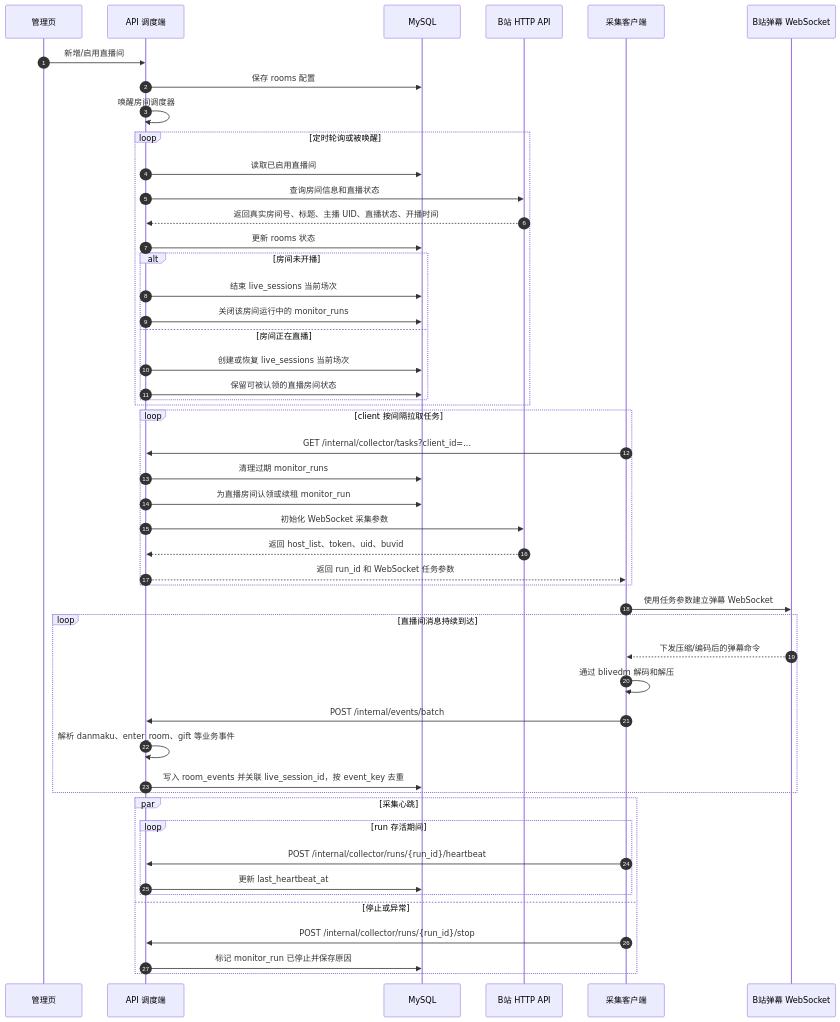
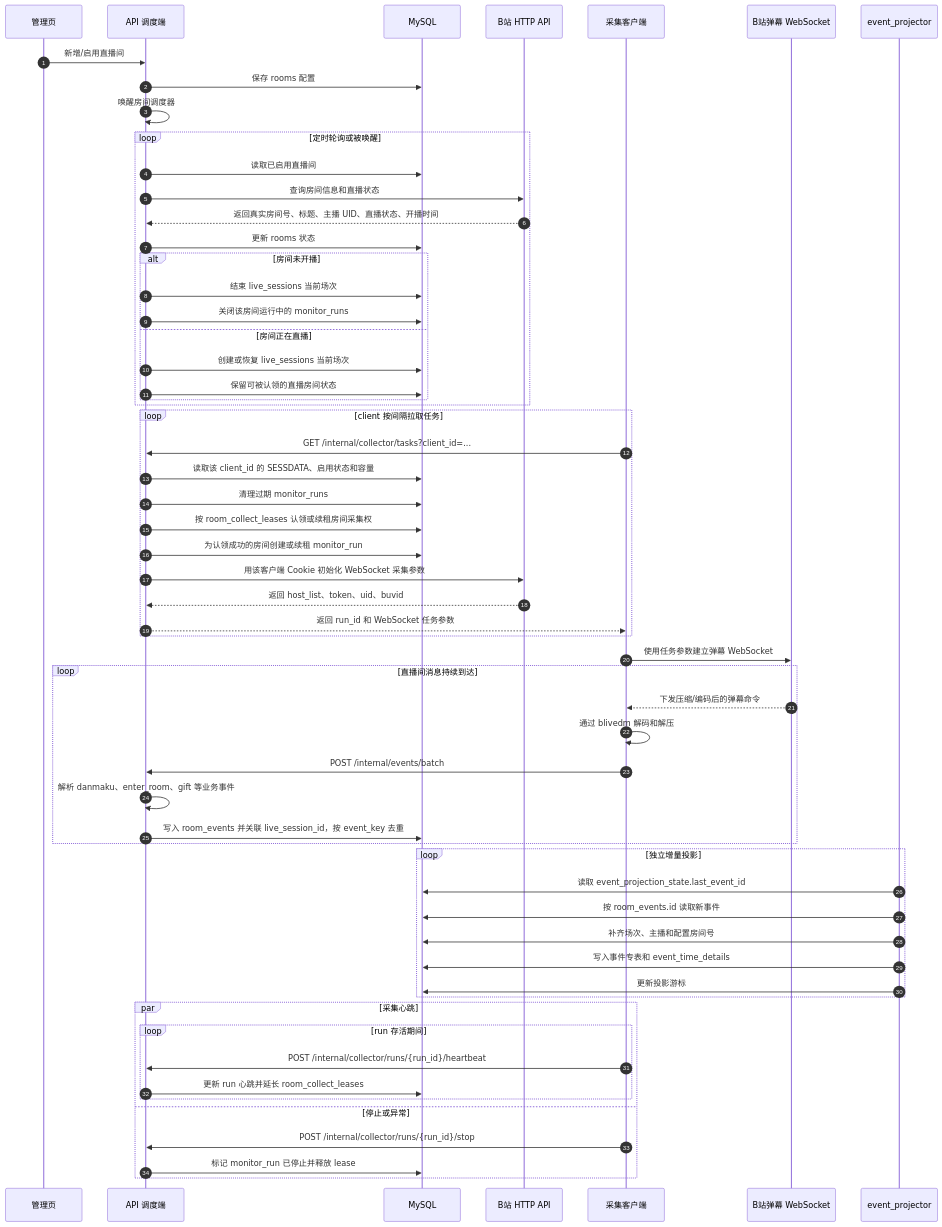
Before and after one commit to lulajax/blivedm: the diagram in README.md, drawn with Mermaid. The commit also changed other lines of this file and 17 other files, not shown here.

Commit message:
Add collector leases and event projector

````diff
--- a/README.md
+++ b/README.md
@@ -53,56 +65,67 @@
 ```mermaid
 sequenceDiagram
     autonumber
     participant Admin as 管理页
     participant API as API 调度端
     participant DB as MySQL
     participant BiliHTTP as B站 HTTP API
     participant Client as 采集客户端
     participant BiliWS as B站弹幕 WebSocket
+    participant Projector as event_projector
 
     Admin->>API: 新增/启用直播间
     API->>DB: 保存 rooms 配置
     API->>API: 唤醒房间调度器
 
     loop 定时轮询或被唤醒
         API->>DB: 读取已启用直播间
         API->>BiliHTTP: 查询房间信息和直播状态
         BiliHTTP-->>API: 返回真实房间号、标题、主播 UID、直播状态、开播时间
         API->>DB: 更新 rooms 状态
         alt 房间未开播
             API->>DB: 结束 live_sessions 当前场次
             API->>DB: 关闭该房间运行中的 monitor_runs
         else 房间正在直播
             API->>DB: 创建或恢复 live_sessions 当前场次
             API->>DB: 保留可被认领的直播房间状态
         end
     end
 
     loop client 按间隔拉取任务
         Client->>API: GET /internal/collector/tasks?client_id=...
+        API->>DB: 读取该 client_id 的 SESSDATA、启用状态和容量
         API->>DB: 清理过期 monitor_runs
-        API->>DB: 为直播房间认领或续租 monitor_run
-        API->>BiliHTTP: 初始化 WebSocket 采集参数
+        API->>DB: 按 room_collect_leases 认领或续租房间采集权
+        API->>DB: 为认领成功的房间创建或续租 monitor_run
+        API->>BiliHTTP: 用该客户端 Cookie 初始化 WebSocket 采集参数
         BiliHTTP-->>API: 返回 host_list、token、uid、buvid
         API-->>Client: 返回 run_id 和 WebSocket 任务参数
     end
 
     Client->>BiliWS: 使用任务参数建立弹幕 WebSocket
     loop 直播间消息持续到达
         BiliWS-->>Client: 下发压缩/编码后的弹幕命令
         Client->>Client: 通过 blivedm 解码和解压
         Client->>API: POST /internal/events/batch
         API->>API: 解析 danmaku、enter_room、gift 等业务事件
         API->>DB: 写入 room_events 并关联 live_session_id，按 event_key 去重
     end
 
+    loop 独立增量投影
+        Projector->>DB: 读取 event_projection_state.last_event_id
+        Projector->>DB: 按 room_events.id 读取新事件
+        Projector->>DB: 补齐场次、主播和配置房间号
+        Projector->>DB: 写入事件专表和 event_time_details
+        Projector->>DB: 更新投影游标
+    end
+
     par 采集心跳
         loop run 存活期间
             Client->>API: POST /internal/collector/runs/{run_id}/heartbeat
-            API->>DB: 更新 last_heartbeat_at
+            API->>DB: 更新 run 心跳并延长 room_collect_leases
         end
     and 停止或异常
         Client->>API: POST /internal/collector/runs/{run_id}/stop
-        API->>DB: 标记 monitor_run 已停止并保存原因
+        API->>DB: 标记 monitor_run 已停止并释放 lease
     end
 ```
````
